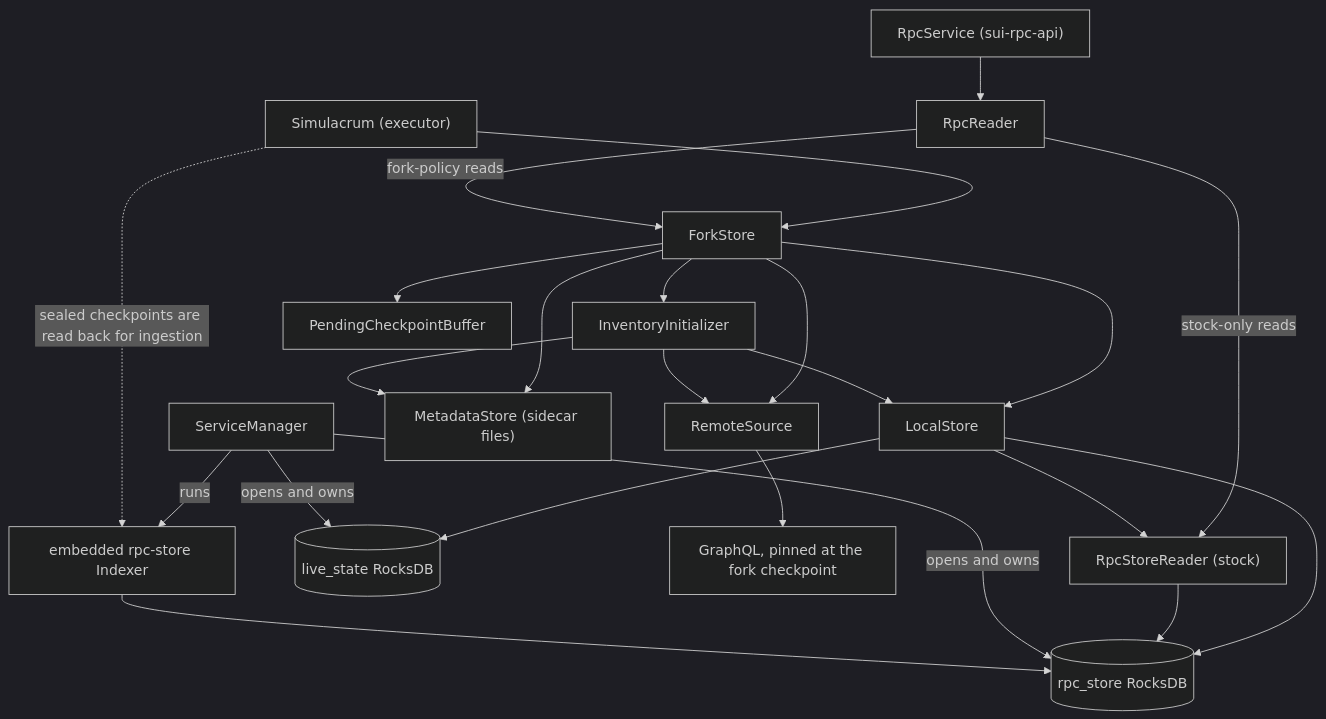
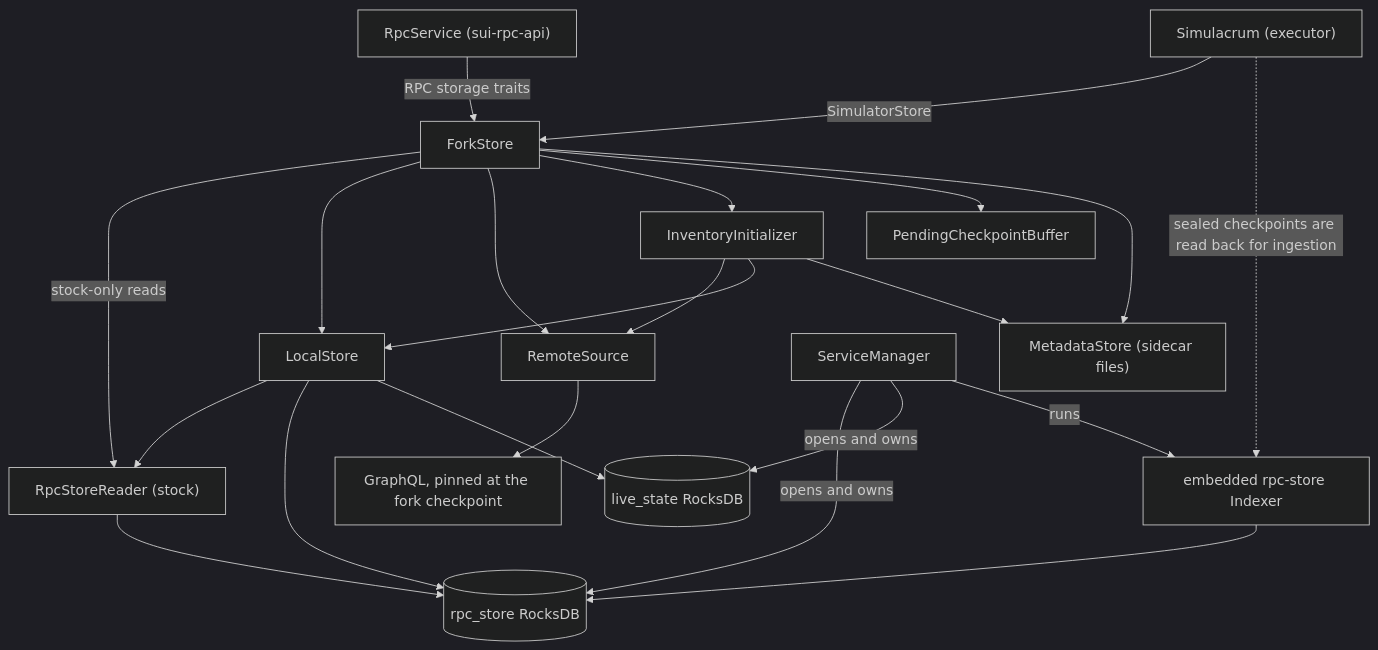
One commit to MystenLabs/sui changed the first of 6 diagrams in crates/sui-fork/design/storage_diagrams.md. Above: the diagram before and after it, drawn with Mermaid (dark theme). The commit also changed other lines of this file and 11 other files, not shown here.

First line of the commit message:
[sui-fork] Collapse RpcReader into ForkStore

````diff
--- a/crates/sui-fork/design/storage_diagrams.md
+++ b/crates/sui-fork/design/storage_diagrams.md
@@ -20,25 +21,24 @@
 ```mermaid
 flowchart TD
-    rpcsvc["RpcService (sui-rpc-api)"] --> reader[RpcReader]
-    sim["Simulacrum (executor)"] --> fs[ForkStore]
-    reader -->|fork-policy reads| fs
-    reader -->|stock-only reads| stock["RpcStoreReader (stock)"]
+    rpcsvc["RpcService (sui-rpc-api)"] -->|RPC storage traits| fs[ForkStore]
+    sim["Simulacrum (executor)"] -->|SimulatorStore| fs
+    fs -->|stock-only reads| stock["RpcStoreReader (stock)"]
     fs --> ls[LocalStore]
     fs --> rs[RemoteSource]
     fs --> inv[InventoryInitializer]
     fs --> pending[PendingCheckpointBuffer]
     fs --> meta
     inv --> rs
     inv --> ls
     inv --> meta["MetadataStore (sidecar files)"]
     ls --> stock
     ls --> db[("rpc_store RocksDB")]
     ls --> lsdb[("live_state RocksDB")]
     stock --> db
     rs --> gql["GraphQL, pinned at the fork checkpoint"]
     svc[ServiceManager] -->|opens and owns| db
     svc -->|opens and owns| lsdb
     svc -->|runs| idx["embedded rpc-store Indexer"]
     idx --> db
     sim -.->|sealed checkpoints are read back for ingestion| idx
 ```
````
